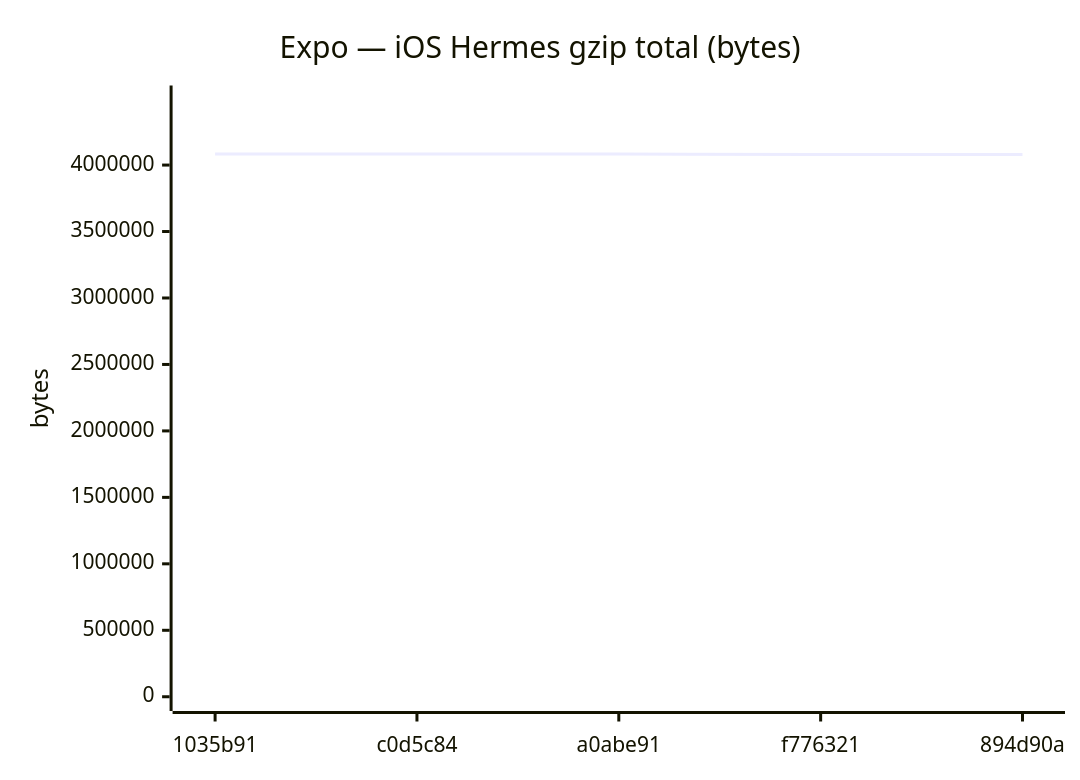
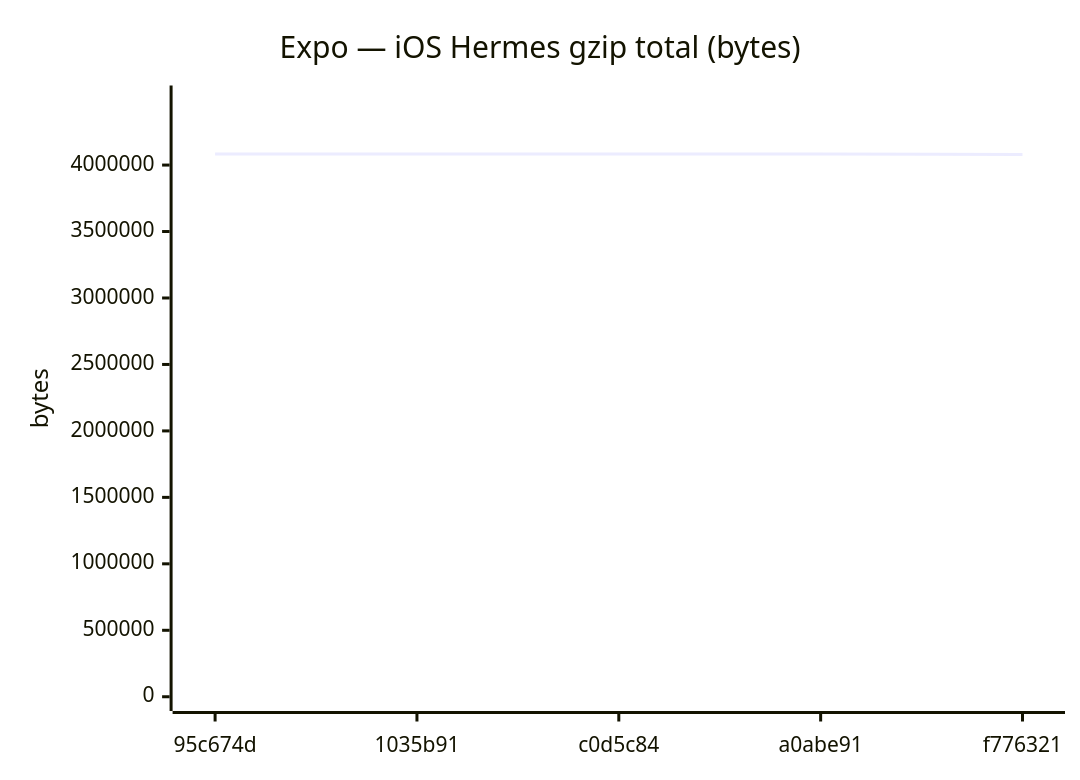
Before and after one commit to Metaheurist/Rianell: diagram 12 of 18 in benchmarks/compare.md, drawn with Mermaid. The commit also changed other lines of this file and 11 other files, not shown here.

````diff
--- a/benchmarks/compare.md
+++ b/benchmarks/compare.md
@@ -179,7 +179,7 @@
 ```mermaid
 xychart-beta
     title "Expo — iOS Hermes gzip total (bytes)"
-    x-axis ["1035b91", "c0d5c84", "a0abe91", "f776321", "894d90a"]
+    x-axis ["95c674d", "1035b91", "c0d5c84", "a0abe91", "f776321"]
     y-axis "bytes" 0 --> 4491419
-    line [4083108, 4083106, 4083107, 4079675, 4079243]
+    line [4083105, 4083108, 4083106, 4083107, 4079675]
 ```
````
